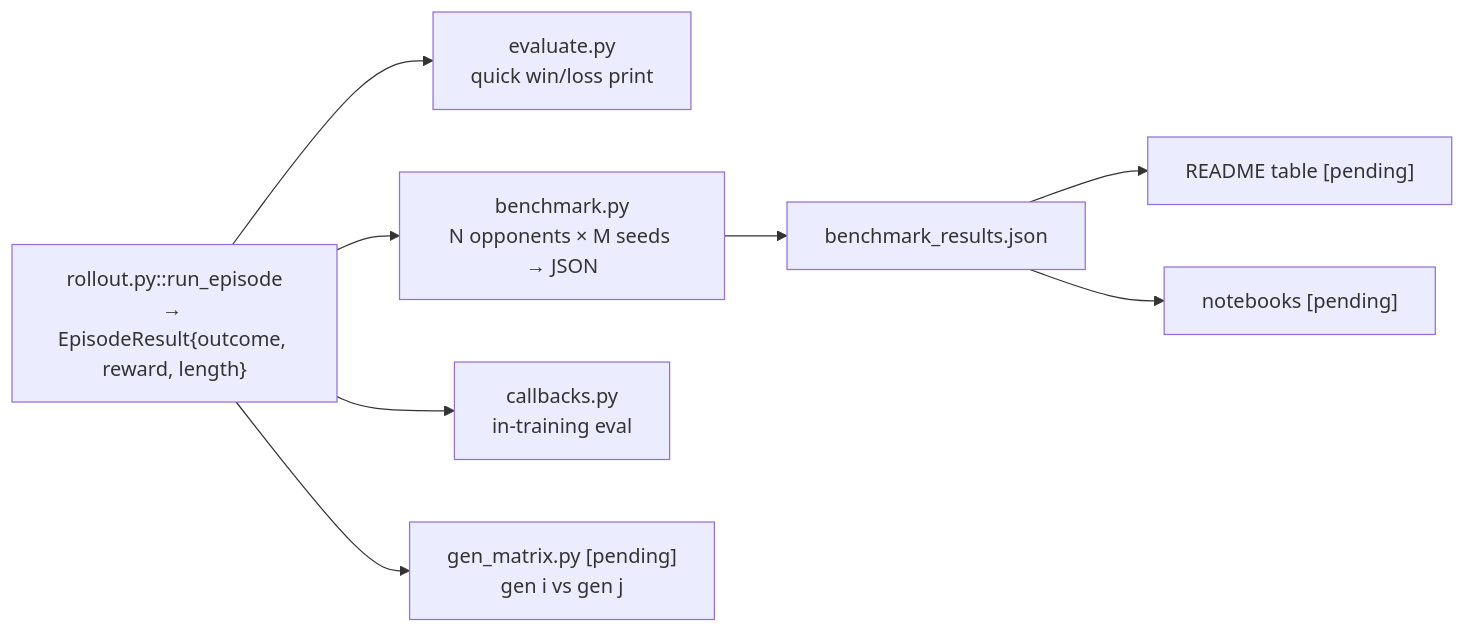
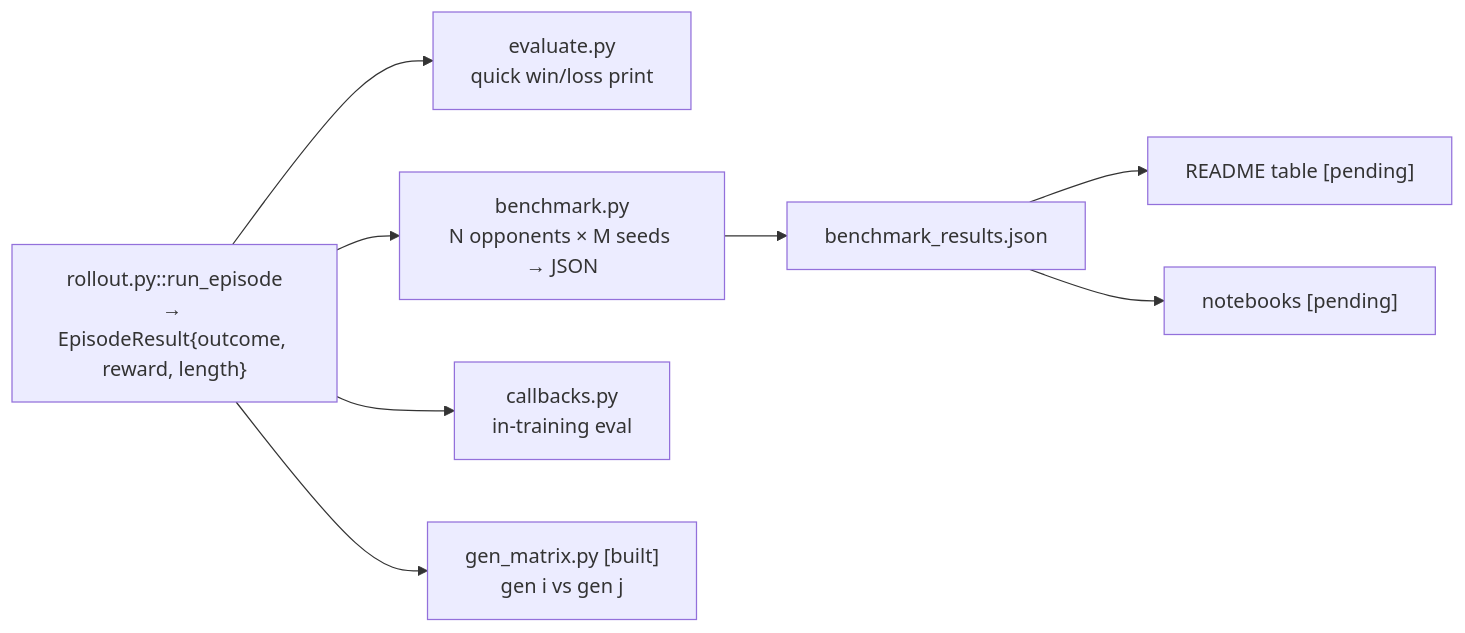
Before and after one commit to snehilojha/dogfight_rl: the sixth of 7 diagrams in ARCHITECTURE.md, drawn with Mermaid. The commit also changed other lines of this file, not shown here.

First line of the commit message:
docs: update ARCHITECTURE status with Phase 3/4 acceptance results

````diff
--- a/ARCHITECTURE.md
+++ b/ARCHITECTURE.md
@@ -427,11 +427,11 @@
 ```mermaid
 graph LR
     ROLL["rollout.py::run_episode<br/>→ EpisodeResult{outcome, reward, length}"]
     ROLL --> EVAL["evaluate.py<br/>quick win/loss print"]
     ROLL --> BENCH["benchmark.py<br/>N opponents × M seeds → JSON"]
     ROLL --> CB["callbacks.py<br/>in-training eval"]
-    ROLL --> MTX["gen_matrix.py [pending]<br/>gen i vs gen j"]
+    ROLL --> MTX["gen_matrix.py [built]<br/>gen i vs gen j"]
     BENCH --> JSON["benchmark_results.json"]
     JSON --> README["README table [pending]"]
     JSON --> NB["notebooks [pending]"]
 ```
````
